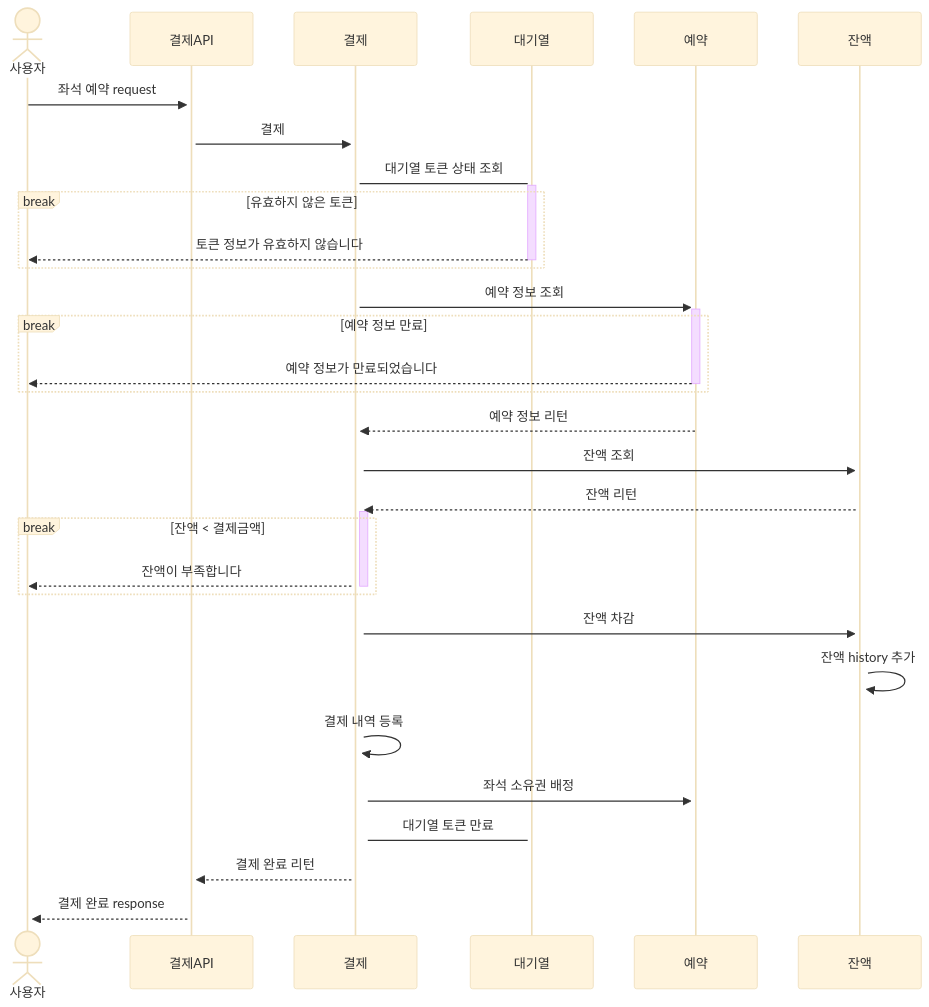
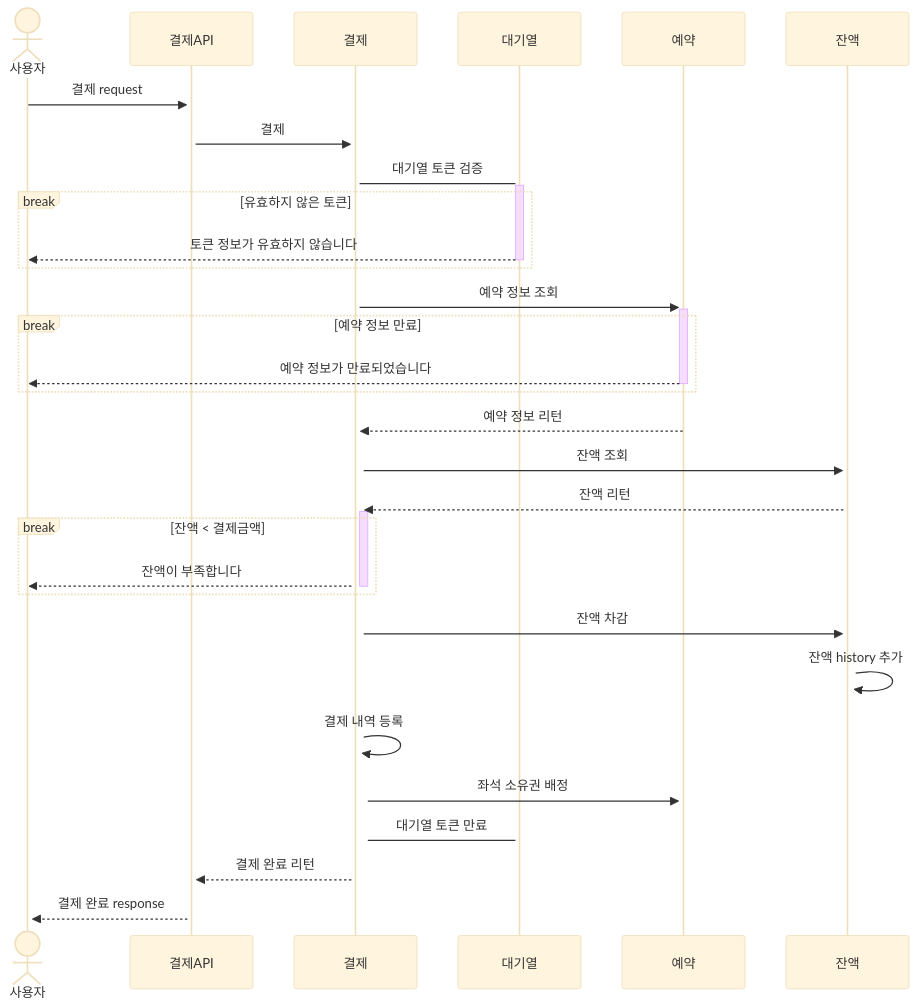
Before and after one commit to jangyoojeong/hhplus-ticketing-week03: the seventh of 7 diagrams in doc/SEQUENCS.md, drawn with Mermaid (base theme). The commit also changed other lines of this file, not shown here.

````diff
--- a/doc/SEQUENCS.md
+++ b/doc/SEQUENCS.md
@@ -144,33 +154,33 @@
 ```mermaid
 sequenceDiagram
     actor  사용자
     participant 결제API
     participant 결제
     participant 대기열
     participant 예약
     participant 잔액
 
-    사용자->>+결제API: 좌석 예약 request
+    사용자->>+결제API: 결제 request
     결제API->>+결제: 결제
-    결제->+대기열:대기열 토큰 상태 조회
+    결제->+대기열:대기열 토큰 검증
     break 유효하지 않은 토큰
         대기열-->>-사용자: 토큰 정보가 유효하지 않습니다
     end
     결제->>+예약: 예약 정보 조회
     break 예약 정보 만료
         예약-->>-사용자: 예약 정보가 만료되었습니다
     end
     예약-->>+결제: 예약 정보 리턴
     결제->>+잔액: 잔액 조회
     잔액-->>+결제: 잔액 리턴
     break 잔액 < 결제금액
         결제-->>-사용자: 잔액이 부족합니다
     end
     결제->>+잔액 : 잔액 차감
     잔액->>+잔액 : 잔액 history 추가
     결제->>+결제 : 결제 내역 등록
     결제->>+예약 : 좌석 소유권 배정
     결제->+대기열 : 대기열 토큰 만료
     결제-->>+결제API: 결제 완료 리턴
     결제API-->>+사용자: 결제 완료 response
 ```
````
